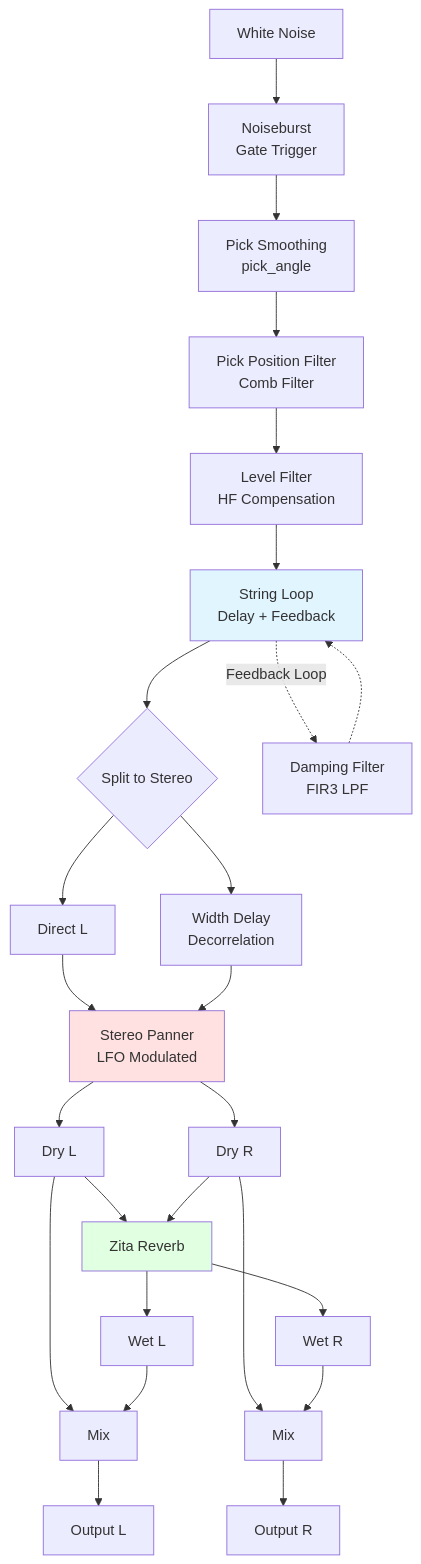
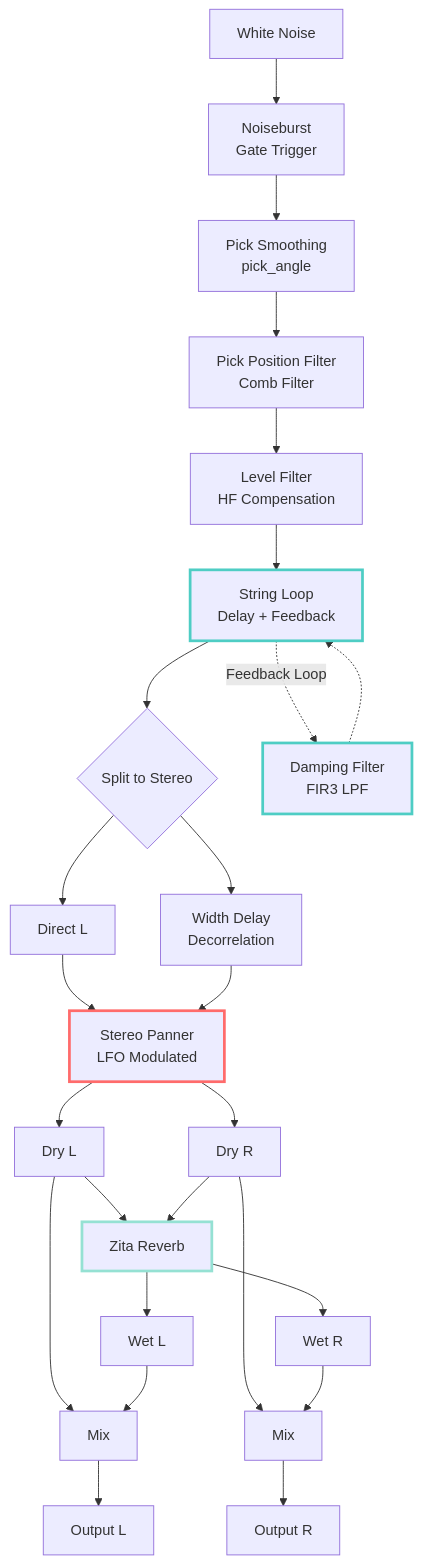
One commit to Ziforge/EKS changed the fifth of 5 diagrams in README.md. Above: the diagram before and after it, drawn with Mermaid. The commit also changed other lines of this file, not shown here.

First line of the commit message:
Fix Mermaid diagrams: use border colors instead of fills

````diff
--- a/README.md
+++ b/README.md
@@ -207,32 +226,36 @@
 ```mermaid
 graph TD
     A[White Noise] --> B[Noiseburst<br/>Gate Trigger]
     B --> C[Pick Smoothing<br/>pick_angle]
     C --> D[Pick Position Filter<br/>Comb Filter]
     D --> E[Level Filter<br/>HF Compensation]
     E --> F[String Loop<br/>Delay + Feedback]
     F --> G{Split to Stereo}
     G --> H1[Direct L]
     G --> H2[Width Delay<br/>Decorrelation]
     H1 --> I[Stereo Panner<br/>LFO Modulated]
     H2 --> I
     I --> J1[Dry L]
     I --> J2[Dry R]
     J1 --> K1[Mix]
     J2 --> K2[Mix]
     J1 --> L[Zita Reverb]
     J2 --> L
     L --> M1[Wet L]
     L --> M2[Wet R]
     M1 --> K1
     M2 --> K2
     K1 --> N1[Output L]
     K2 --> N2[Output R]
 
     F -.Feedback Loop.-> O[Damping Filter<br/>FIR3 LPF]
     O -.-> F
 
-    style F fill:#e1f5ff
-    style I fill:#ffe1e1
-    style L fill:#e1ffe1
+    classDef stringStyle stroke:#4ecdc4,stroke-width:3px
+    classDef panStyle stroke:#ff6b6b,stroke-width:3px
+    classDef reverbStyle stroke:#95e1d3,stroke-width:3px
+
+    class F,O stringStyle
+    class I panStyle
+    class L reverbStyle
 ```
````
